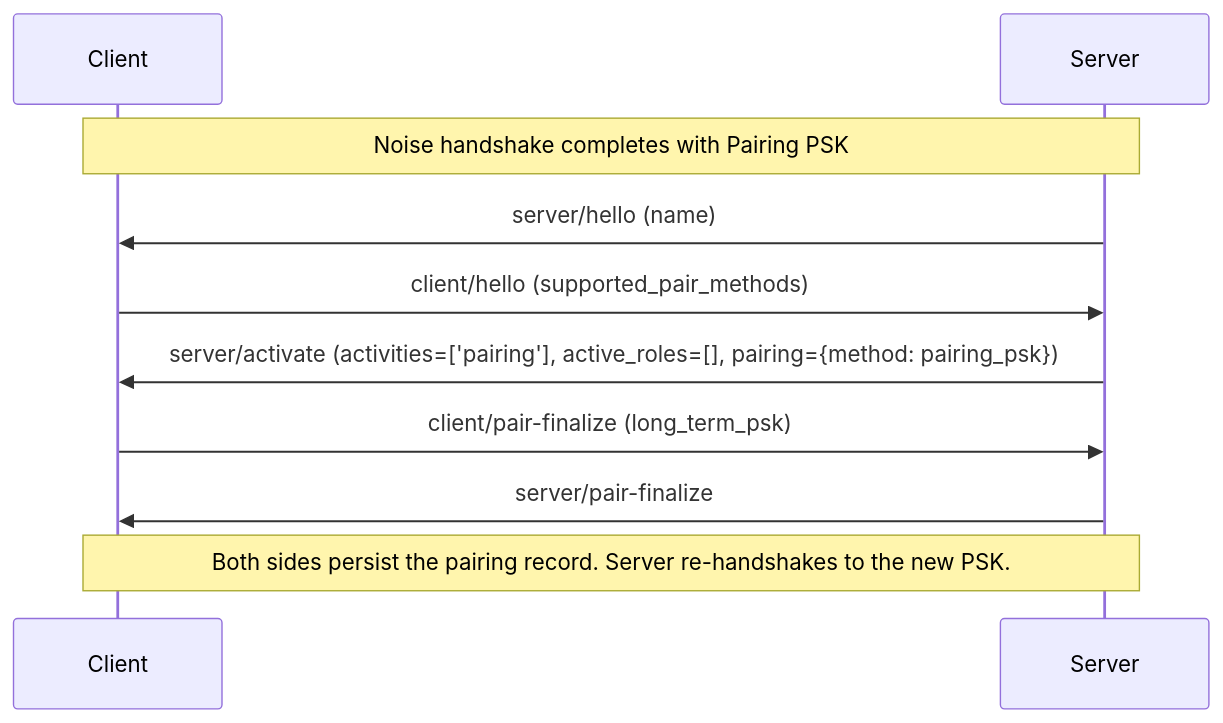
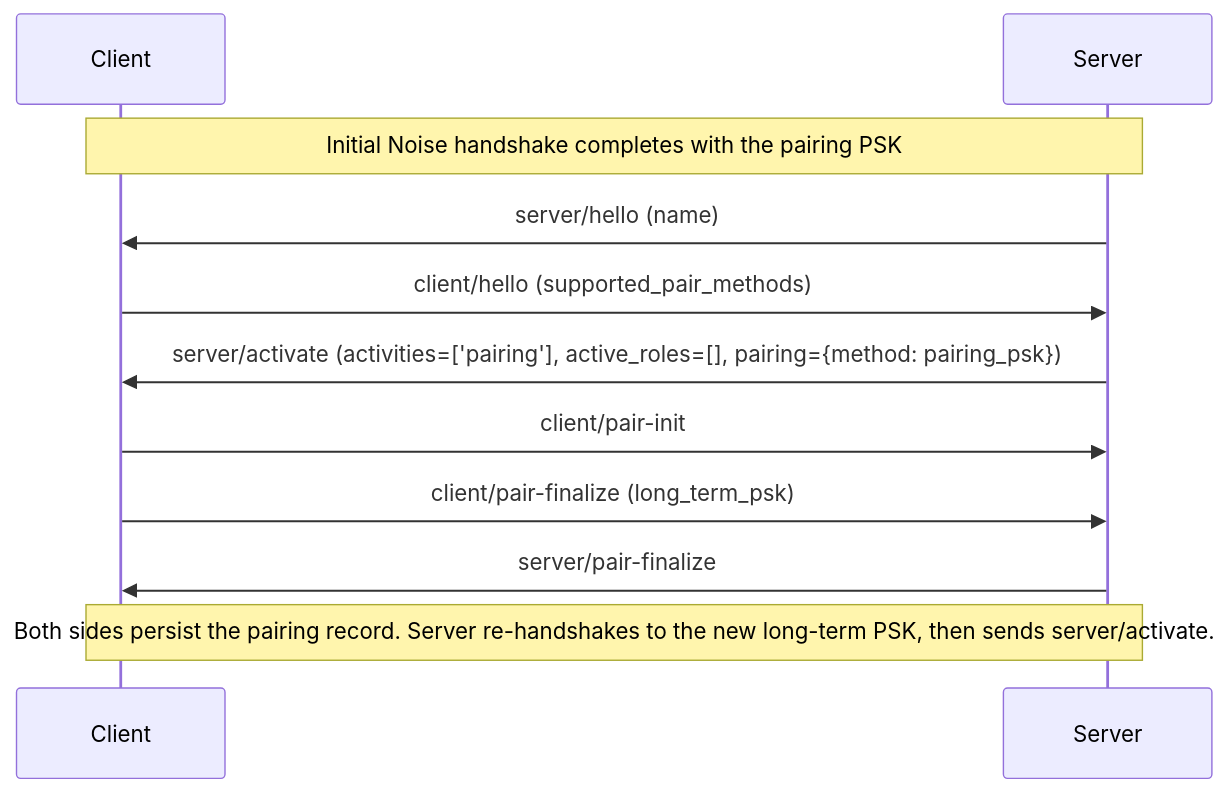
The second of 4 diagrams in src/build/spec.md (Sendspin/sendspin-audio.com), drawn with Mermaid before and after one commit. The commit also changed other lines of this file and 2 other files, not shown here.

````diff
--- a/src/build/spec.md
+++ b/src/build/spec.md
@@ -771,14 +860,15 @@
 ```mermaid
 sequenceDiagram
     participant Client
     participant Server
 
-    Note over Client,Server: Noise handshake completes with Pairing PSK
+    Note over Client,Server: Initial Noise handshake completes with the pairing PSK
 
     Server->>Client: server/hello (name)
     Client->>Server: client/hello (supported_pair_methods)
     Server->>Client: server/activate (activities=['pairing'], active_roles=[], pairing={method: pairing_psk})
+    Client->>Server: client/pair-init
     Client->>Server: client/pair-finalize (long_term_psk)
     Server->>Client: server/pair-finalize
-    Note over Client,Server: Both sides persist the pairing record. Server re-handshakes to the new PSK.
+    Note over Client,Server: Both sides persist the pairing record. Server re-handshakes to the new long-term PSK, then sends server/activate.
 ```
````
